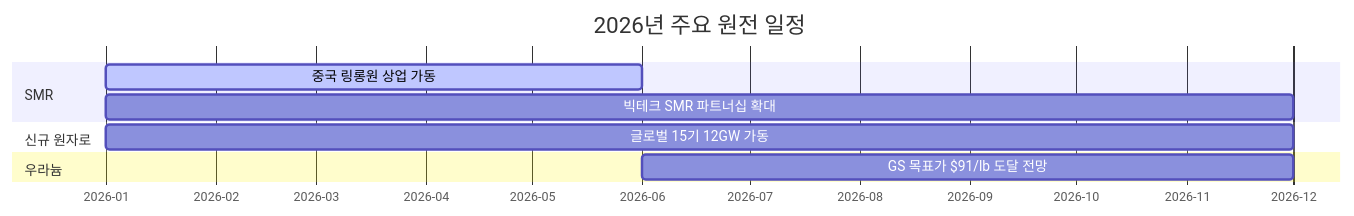
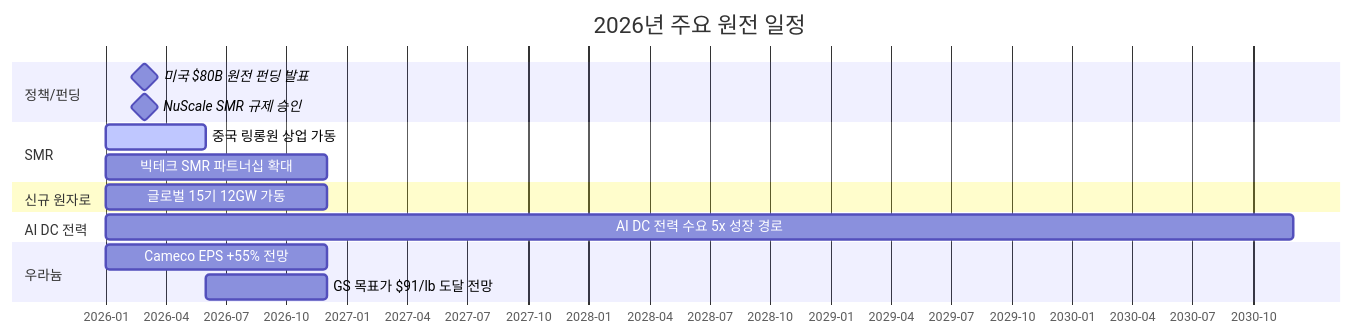
One commit to dss99911/dss99911.github.io changed the seventh of 10 diagrams in _posts/knowledge/invest/2026-03-07-energy-sector-outlook-2026.md. Above: the diagram before and after it, drawn with Mermaid. The commit also changed other lines of this file and 6 other files, not shown here.

````diff
--- a/_posts/knowledge/invest/2026-03-07-energy-sector-outlook-2026.md
+++ b/_posts/knowledge/invest/2026-03-07-energy-sector-outlook-2026.md
@@ -269,16 +269,24 @@
 ```mermaid
 gantt
     title 2026년 주요 원전 일정
     dateFormat YYYY-MM
     axisFormat %Y-%m
+
+    section 정책/펀딩
+    미국 $80B 원전 펀딩 발표       :milestone, 2026-03, 0d
+    NuScale SMR 규제 승인          :milestone, 2026-03, 0d
 
     section SMR
     중국 링롱원 상업 가동         :active, 2026-01, 2026-06
     빅테크 SMR 파트너십 확대       :2026-01, 2026-12
 
     section 신규 원자로
     글로벌 15기 12GW 가동         :2026-01, 2026-12
 
+    section AI DC 전력
+    AI DC 전력 수요 5x 성장 경로  :2026-01, 2030-12
+
     section 우라늄
+    Cameco EPS +55% 전망          :2026-01, 2026-12
     GS 목표가 $91/lb 도달 전망    :2026-06, 2026-12
 ```
````
